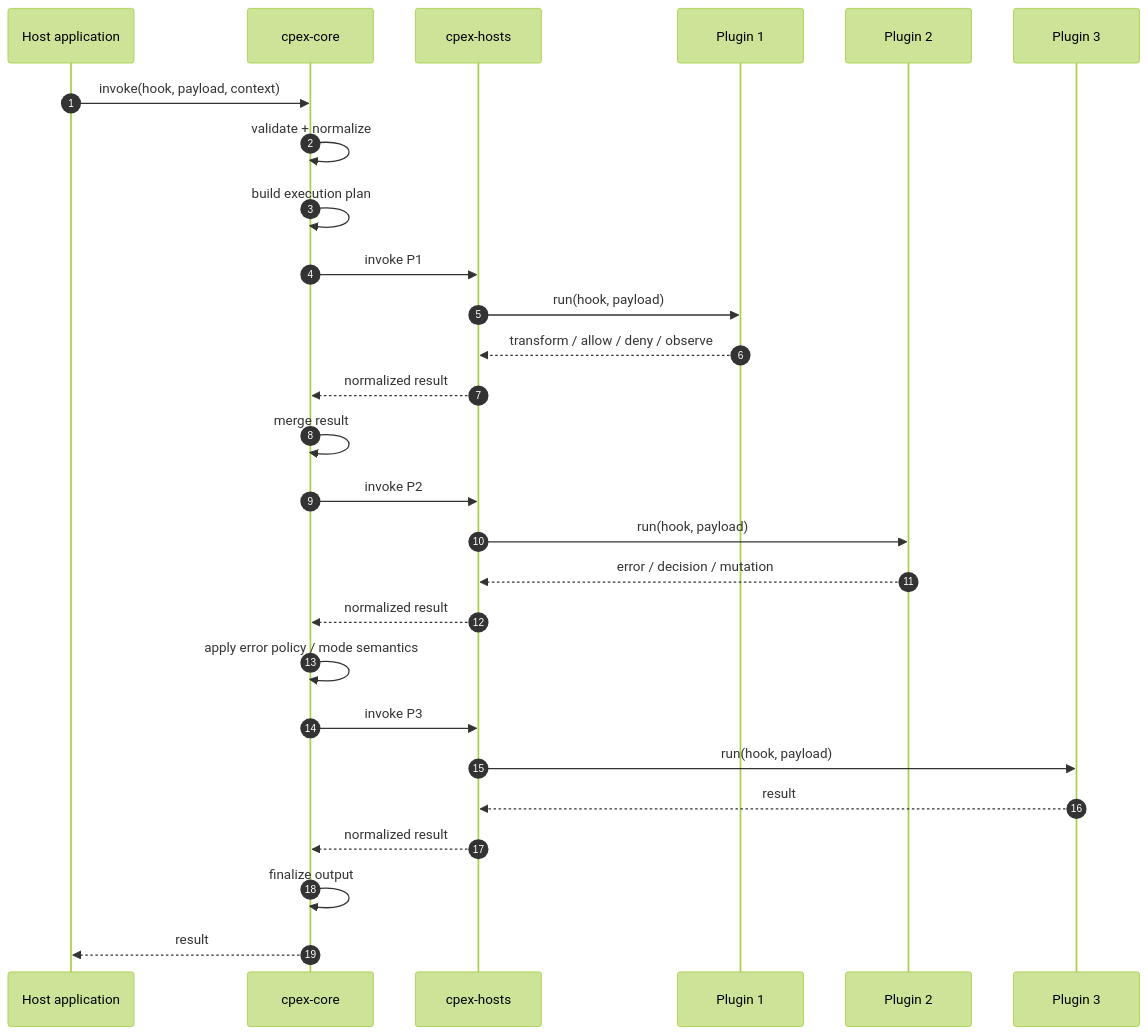
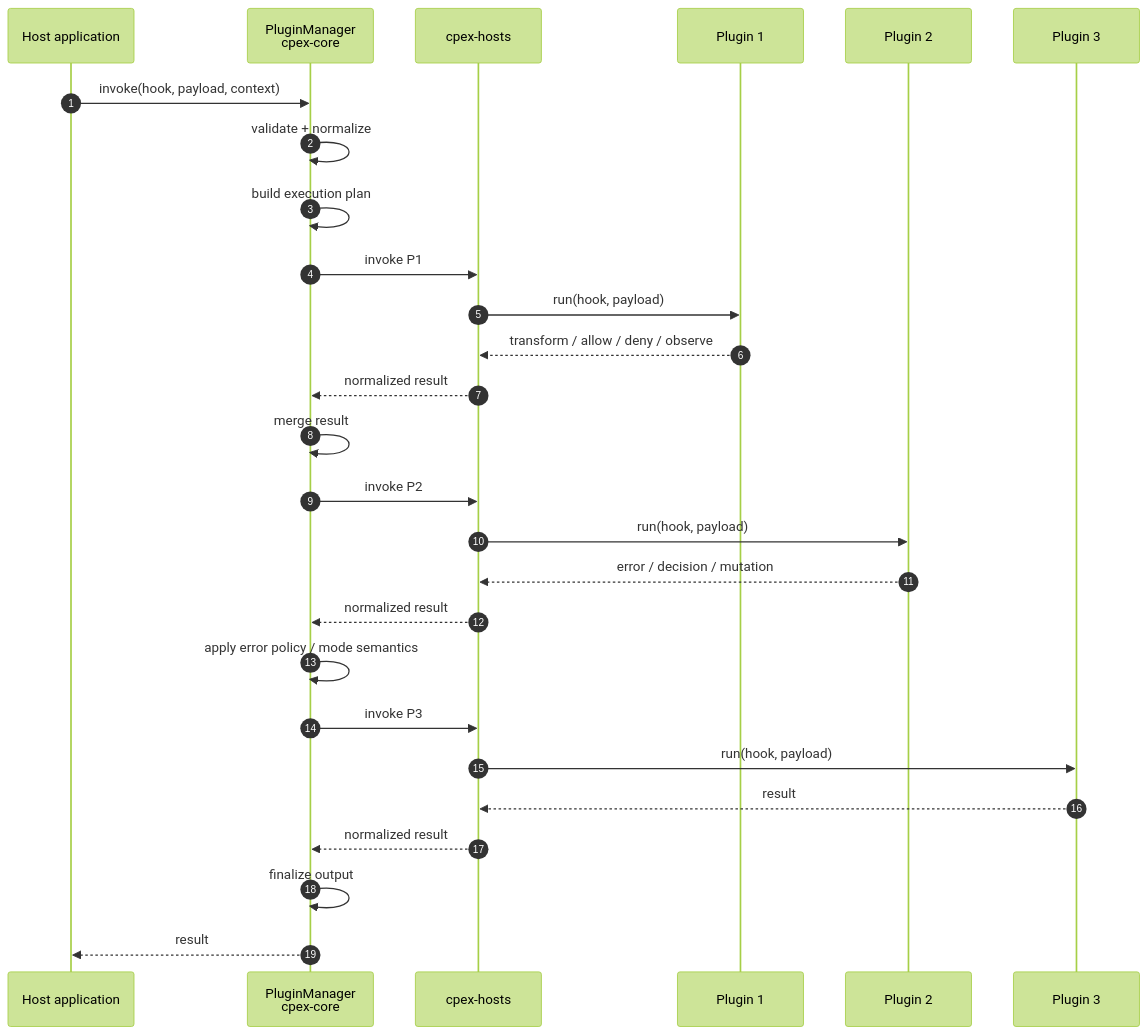
The second of 2 diagrams in docs/design/overview.md (contextforge-org/contextforge-plugins-framework), drawn with Mermaid (forest theme) before and after one commit. The commit also changed other lines of this file, not shown here.

````diff
--- a/docs/design/overview.md
+++ b/docs/design/overview.md
@@ -54,36 +54,36 @@
 ```mermaid
 sequenceDiagram
 
 autonumber
 
 participant App as Host application
-participant Core as cpex-core
+participant Core as PluginManager<br>cpex-core
 participant Host as cpex-hosts
 participant P1 as Plugin 1
 participant P2 as Plugin 2
 participant P3 as Plugin 3
 
 App->>Core: invoke(hook, payload, context)
 Core->>Core: validate + normalize
 Core->>Core: build execution plan
 
 Core->>Host: invoke P1
 Host->>P1: run(hook, payload)
 P1-->>Host: transform / allow / deny / observe
 Host-->>Core: normalized result
 Core->>Core: merge result
 
 Core->>Host: invoke P2
 Host->>P2: run(hook, payload)
 P2-->>Host: error / decision / mutation
 Host-->>Core: normalized result
 Core->>Core: apply error policy / mode semantics
 
 Core->>Host: invoke P3
 Host->>P3: run(hook, payload)
 P3-->>Host: result
 Host-->>Core: normalized result
 
 Core->>Core: finalize output
 Core-->>App: result
 ```
````
